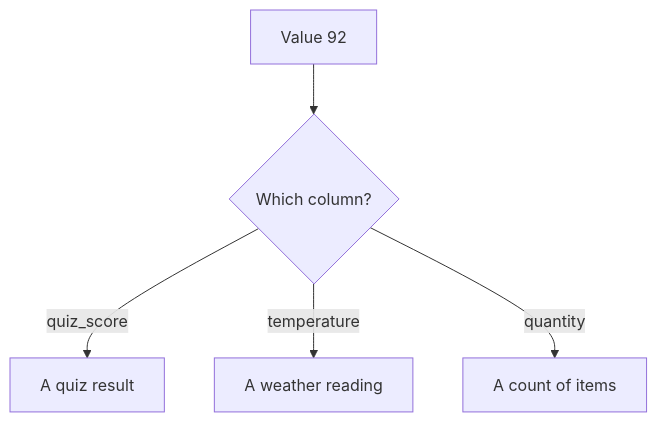
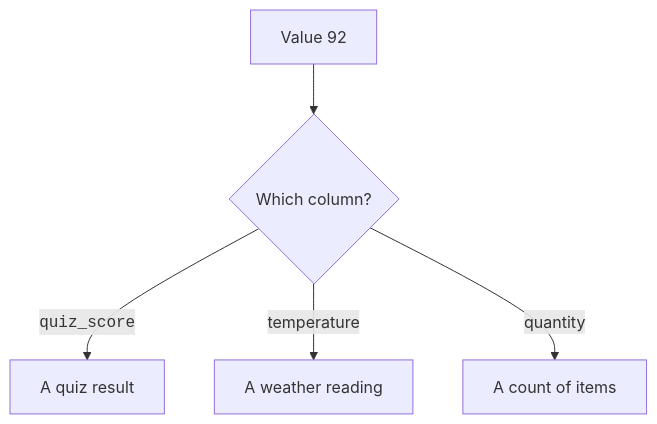
Before and after one commit to dataslope/dataslope: the second of 8 diagrams in content/learn/sqlite-for-beginners/why-structured-data.mdx, drawn with Mermaid. The commit also changed 46 other files, not shown here.

First line of the commit message:
Wrap code in mermaid edge labels + entity/table names in DB diagrams

````diff
--- a/content/learn/sqlite-for-beginners/why-structured-data.mdx
+++ b/content/learn/sqlite-for-beginners/why-structured-data.mdx
@@ -52,7 +52,7 @@
 ```mermaid
 flowchart TB
     A["Value 92"] --> B{"Which column?"}
-    B -->|"quiz_score"| C["A quiz result"]
+    B -->|"<code>quiz_score</code>"| C["A quiz result"]
     B -->|"temperature"| D["A weather reading"]
     B -->|"quantity"| E["A count of items"]
 ```
````
